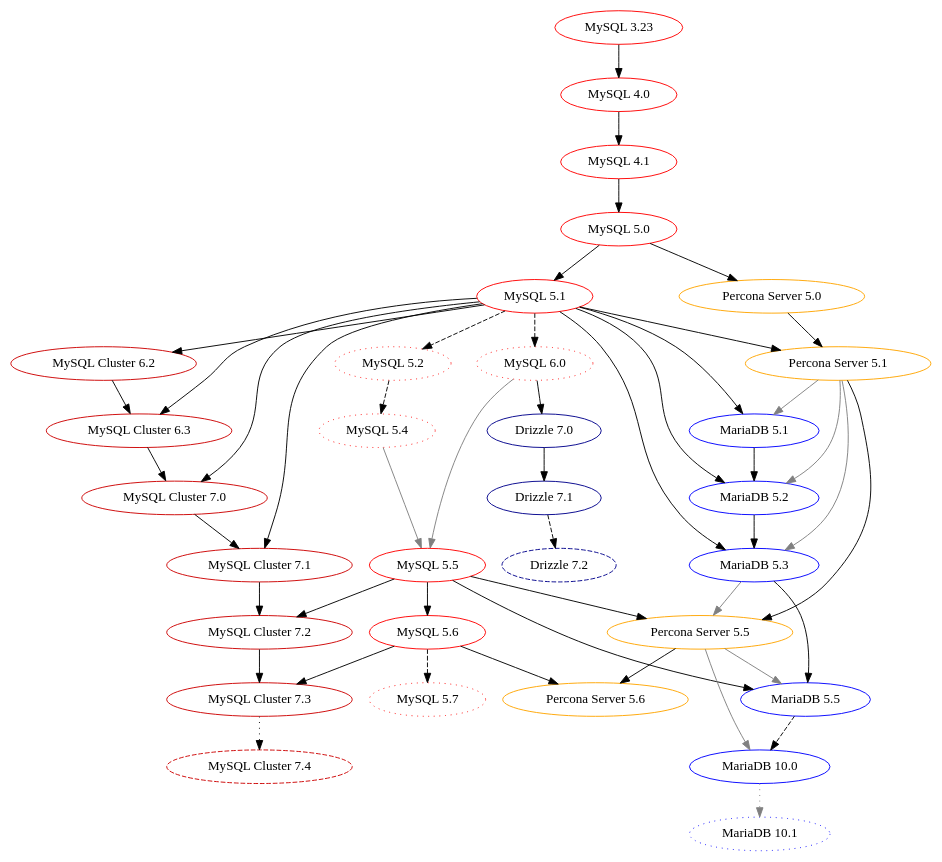
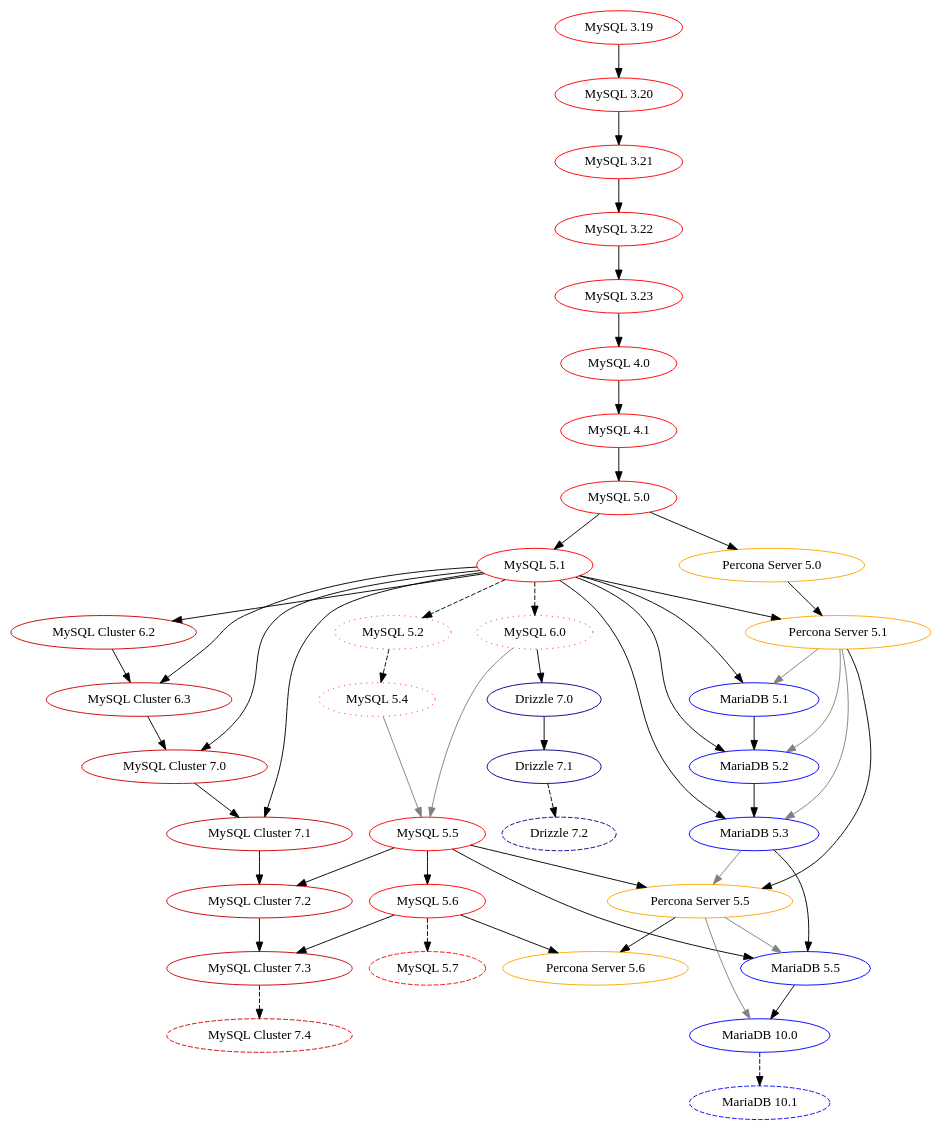
One commit to dveeden/mysql-history-graph changed the diagram in mysql-history-graph.dot. Above: the diagram before and after it, drawn with Graphviz. The commit also changed 2 other files, not shown here.

Commit message:
Add old MySQL releases 3.19.0 - 3.22.0
Also fix some minor details like linestyles

```diff
--- a/mysql-history-graph.dot
+++ b/mysql-history-graph.dot
@@ -1,102 +1,110 @@
 digraph mysql_history_graph {
 	/* Standards:
-	   Non-GA: 		dotted
+	   Non-GA: 		dashed
 	   Abandoned: 		dotted 
 	   Oracle MySQL: 	red
 	   MySQL Cluster: 	red3
 	   MariaDB: 		blue
 	   Drizzle: 		blue4
 	   Percona Server: 	orange
 	*/
 
 	/* MySQL/Sun/Oracle MySQL GA */
+	"MySQL 3.19" [color="red"];
+	"MySQL 3.20" [color="red"];
+	"MySQL 3.21" [color="red"];
+	"MySQL 3.22" [color="red"];
 	"MySQL 3.23" [color="red"];
 	"MySQL 4.0" [color="red"];
 	"MySQL 4.1" [color="red"];
 	"MySQL 5.0" [color="red"];
 	"MySQL 5.1" [color="red"];
 	"MySQL 5.5" [color="red"];
 	"MySQL 5.6" [color="red"];
+	"MySQL 3.19" -> "MySQL 3.20";
+	"MySQL 3.20" -> "MySQL 3.21";
+	"MySQL 3.21" -> "MySQL 3.22";
+	"MySQL 3.22" -> "MySQL 3.23";
 	"MySQL 3.23" -> "MySQL 4.0";
 	"MySQL 4.0" -> "MySQL 4.1";
 	"MySQL 4.1" -> "MySQL 5.0";
 	"MySQL 5.0" -> "MySQL 5.1";
 	"MySQL 5.5" -> "MySQL 5.6";
 	"MySQL 5.4" -> "MySQL 5.5" [color="grey"]; // InnoDB Scalability
 	"MySQL 6.0" -> "MySQL 5.5" [color="grey"]; // Optimizer improvements
 
 	/* MySQL/Sun/Oracle non-GA */	
 	"MySQL 5.2" [color="red",style="dotted"];
 	"MySQL 5.4" [color="red",style="dotted"];
-	"MySQL 5.7" [color="red",style="dotted"];
+	"MySQL 5.7" [color="red",style="dashed"];
 	"MySQL 6.0" [color="red",style="dotted"];
 	"MySQL 5.1" -> "MySQL 5.2" [style="dashed"];
 	"MySQL 5.1" -> "MySQL 6.0" [style="dashed"];
 	"MySQL 5.2" -> "MySQL 5.4" [style="dashed"];
 	"MySQL 5.6" -> "MySQL 5.7" [style="dashed"];
 
 	/* MySQL Cluster (NDB) */
 	"MySQL Cluster 6.2" [color="red3"]
 	"MySQL Cluster 6.3" [color="red3"]
 	"MySQL Cluster 7.0" [color="red3"]
 	"MySQL Cluster 7.1" [color="red3"]
 	"MySQL Cluster 7.2" [color="red3"]
 	"MySQL Cluster 7.3"  [color="red3"]
 	"MySQL Cluster 7.4"  [color="red3", style="dashed"]
 	"MySQL 5.1" -> "MySQL Cluster 6.2";
 	"MySQL 5.1" -> "MySQL Cluster 6.3";
 	"MySQL Cluster 6.2" -> "MySQL Cluster 6.3";
 	"MySQL 5.1" -> "MySQL Cluster 7.0";
 	"MySQL Cluster 6.3" -> "MySQL Cluster 7.0";
 	"MySQL 5.1" -> "MySQL Cluster 7.1";
 	"MySQL Cluster 7.0" -> "MySQL Cluster 7.1";
 	"MySQL 5.5" -> "MySQL Cluster 7.2";
 	"MySQL Cluster 7.1" -> "MySQL Cluster 7.2";
 	"MySQL 5.6" -> "MySQL Cluster 7.3";
 	"MySQL Cluster 7.2" -> "MySQL Cluster 7.3";
-	"MySQL Cluster 7.3" -> "MySQL Cluster 7.4" [style="dotted"];
+	"MySQL Cluster 7.3" -> "MySQL Cluster 7.4" [style="dashed"];
 
 	/* MariaDB */
 	"MariaDB 5.1" [color="blue"];
 	"MariaDB 5.2" [color="blue"];
 	"MariaDB 5.3" [color="blue"];
 	"MariaDB 5.5" [color="blue"];
 	"MariaDB 10.0" [color="blue"];
-	"MariaDB 10.1" [color="blue",style="dotted"];
+	"MariaDB 10.1" [color="blue",style="dashed"];
 	"MySQL 5.1" -> "MariaDB 5.1";
 	"Percona Server 5.1" -> "MariaDB 5.1" [color="grey"]; // XtraDB
 	"MySQL 5.1" -> "MariaDB 5.2";
 	"MariaDB 5.1" -> "MariaDB 5.2";
 	"Percona Server 5.1" -> "MariaDB 5.2" [color="grey"]; // XtraDB
 	"MySQL 5.1" -> "MariaDB 5.3";
 	"MariaDB 5.2" -> "MariaDB 5.3";
 	"Percona Server 5.1" -> "MariaDB 5.3" [color="grey"]; // XtraDB
 	"MySQL 5.5" -> "MariaDB 5.5";
 	"MariaDB 5.3" -> "MariaDB 5.5";
 	"Percona Server 5.5" -> "MariaDB 5.5" [color="grey"]; // XtraDB
-	"MariaDB 5.5" -> "MariaDB 10.0" [style="dashed"];
+	"MariaDB 5.5" -> "MariaDB 10.0";
 	"Percona Server 5.5" -> "MariaDB 10.0" [color="grey"]; // XtraDB
-	"MariaDB 10.0" -> "MariaDB 10.1" [color="grey",style="dotted"];
+	"MariaDB 10.0" -> "MariaDB 10.1" [style="dashed"];
 
 	/* Percona Server */
 	"Percona Server 5.0" [color="orange"];
 	"Percona Server 5.1" [color="orange"];
 	"Percona Server 5.5" [color="orange"];
 	"Percona Server 5.6" [color="orange"];
 	"MySQL 5.0" -> "Percona Server 5.0";
 	"MySQL 5.1" -> "Percona Server 5.1";
 	"Percona Server 5.0" -> "Percona Server 5.1";
 	"MySQL 5.5" -> "Percona Server 5.5";
 	"Percona Server 5.1" -> "Percona Server 5.5";
 	"MariaDB 5.3" -> "Percona Server 5.5" [color="grey"]; // group commit
 	"MySQL 5.6" -> "Percona Server 5.6";
 	"Percona Server 5.5" -> "Percona Server 5.6";
 
 	/* Drizzle */
 	"Drizzle 7.0" [color="blue4"];
 	"Drizzle 7.1" [color="blue4"];
 	"Drizzle 7.2" [color="blue4", style="dashed"];
 	"MySQL 6.0" -> "Drizzle 7.0";
 	"Drizzle 7.0" -> "Drizzle 7.1";
 	"Drizzle 7.1" -> "Drizzle 7.2" [style="dashed"];
 }
```
